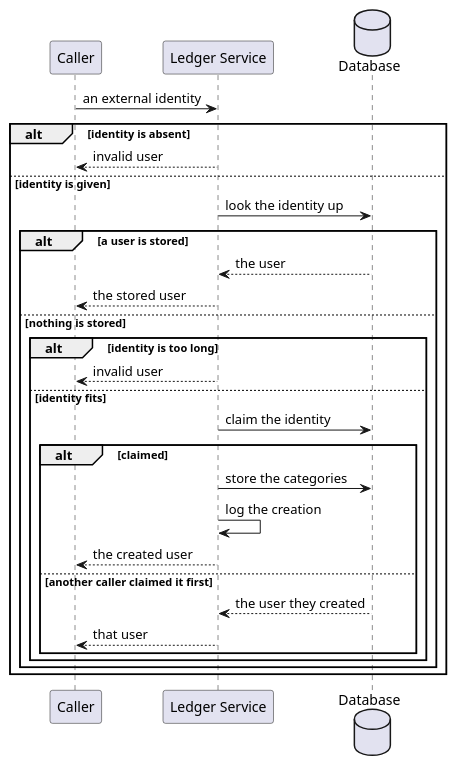
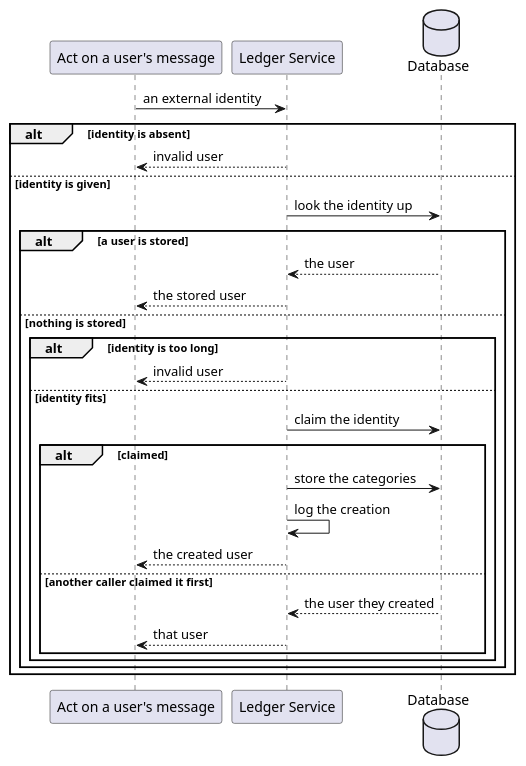
The second of 2 diagrams in ledger-service/docs/usecases/initialize-a-new-user.md (ds-usova/finance-bot), drawn with PlantUML before and after one commit. The commit also changed other lines of this file and 20 other files, not shown here.

````diff
--- a/ledger-service/docs/usecases/initialize-a-new-user.md
+++ b/ledger-service/docs/usecases/initialize-a-new-user.md
@@ -102,33 +101,33 @@
 ```plantuml
 @startuml InitializeUser-Sequence
-participant "Caller" as Caller
+participant "Act on a user's message" as Caller
 participant "Ledger Service" as LS
 database "Database" as DB
 
 Caller -> LS : an external identity
 
 alt identity is absent
   LS --> Caller : invalid user
 else identity is given
   LS -> DB : look the identity up
   alt a user is stored
     DB --> LS : the user
     LS --> Caller : the stored user
   else nothing is stored
     alt identity is too long
       LS --> Caller : invalid user
     else identity fits
       LS -> DB : claim the identity
       alt claimed
         LS -> DB : store the categories
         LS -> LS : log the creation
         LS --> Caller : the created user
       else another caller claimed it first
         DB --> LS : the user they created
         LS --> Caller : that user
       end
     end
   end
 end
 @enduml
 ```
````
